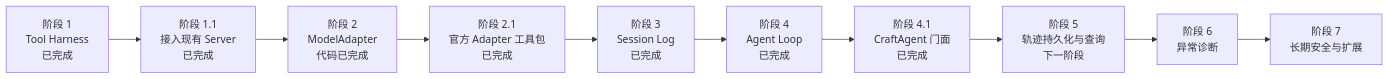
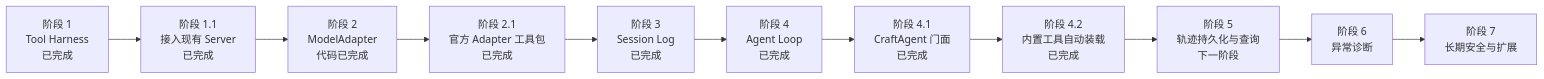
One commit to AlbertE1990/crafteHarness changed the diagram in docs/product/roadmap.md. Above: the diagram before and after it, drawn with Mermaid. The commit also changed other lines of this file and 19 other files, not shown here.

````diff
--- a/docs/product/roadmap.md
+++ b/docs/product/roadmap.md
@@ -16,12 +16,13 @@
 ```mermaid
 flowchart LR
   P1[阶段 1<br/>Tool Harness<br/>已完成] --> P11[阶段 1.1<br/>接入现有 Server<br/>已完成]
   P11 --> P2[阶段 2<br/>ModelAdapter<br/>代码已完成]
   P2 --> P21[阶段 2.1<br/>官方 Adapter 工具包<br/>已完成]
   P21 --> P3[阶段 3<br/>Session Log<br/>已完成]
   P3 --> P4[阶段 4<br/>Agent Loop<br/>已完成]
   P4 --> P41[阶段 4.1<br/>CraftAgent 门面<br/>已完成]
-  P41 --> P5[阶段 5<br/>轨迹持久化与查询<br/>下一阶段]
+  P41 --> P42[阶段 4.2<br/>内置工具自动装载<br/>已完成]
+  P42 --> P5[阶段 5<br/>轨迹持久化与查询<br/>下一阶段]
   P5 --> P6[阶段 6<br/>异常诊断]
   P6 --> P7[阶段 7<br/>长期安全与扩展]
 ```
````
